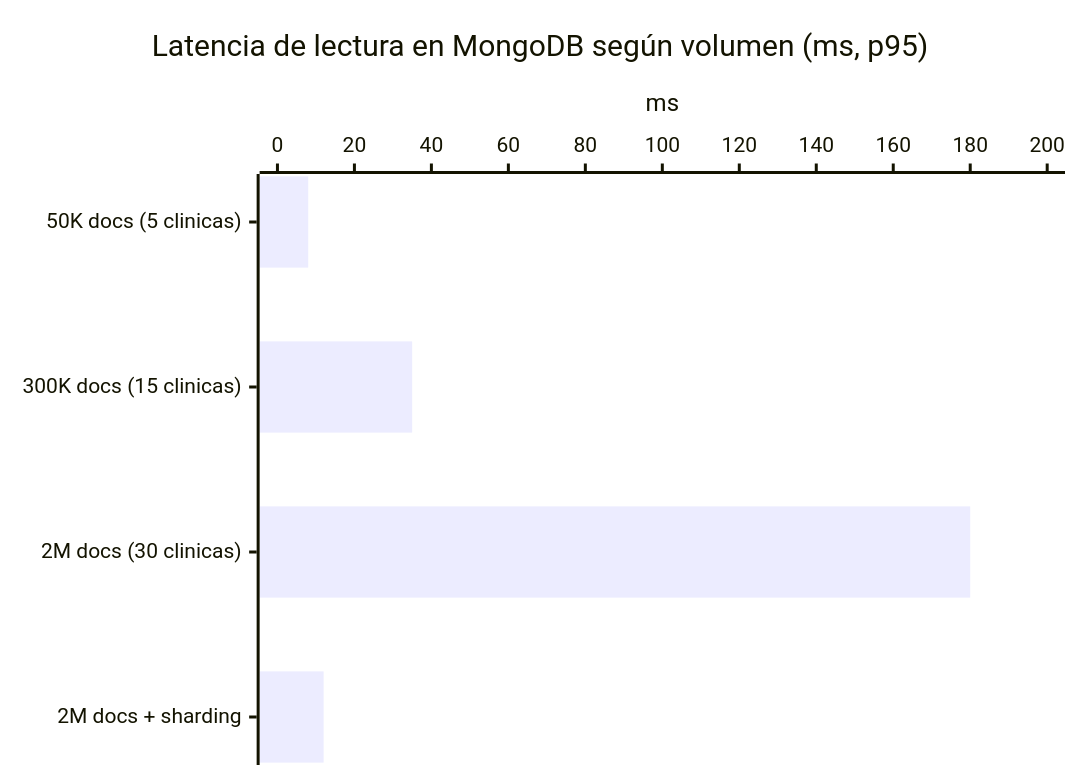
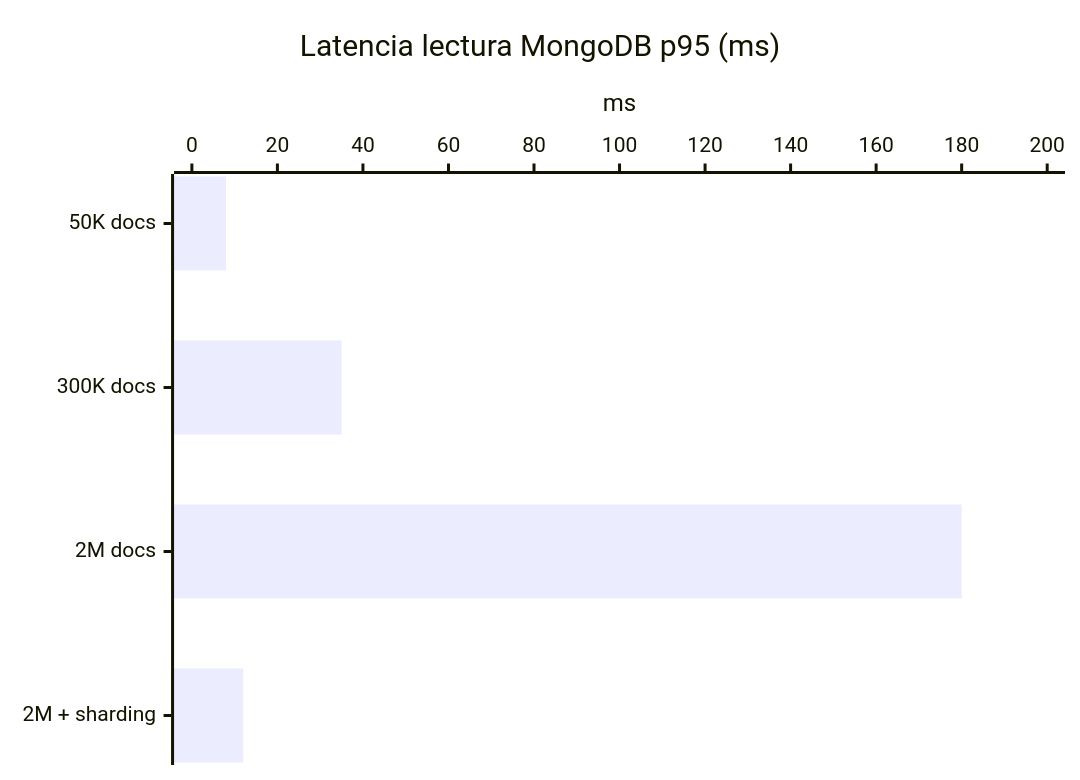
Before and after one commit to gmeono94/nua-salud-panel: diagram 14 of 19 in README.md, drawn with Mermaid. The commit also changed other lines of this file, not shown here.

First line of the commit message:
fix: shorten Mermaid labels, fix 5→8 metrics text, rework team scaling

````diff
--- a/README.md
+++ b/README.md
@@ -772,7 +772,7 @@
 ```mermaid
 xychart-beta horizontal
-    title "Latencia de lectura en MongoDB según volumen (ms, p95)"
-    x-axis ["50K docs (5 clinicas)", "300K docs (15 clinicas)", "2M docs (30 clinicas)", "2M docs + sharding"]
+    title "Latencia lectura MongoDB p95 (ms)"
+    x-axis ["50K docs", "300K docs", "2M docs", "2M + sharding"]
     y-axis "ms" 0 --> 200
     bar [8, 35, 180, 12]
 ```
````
